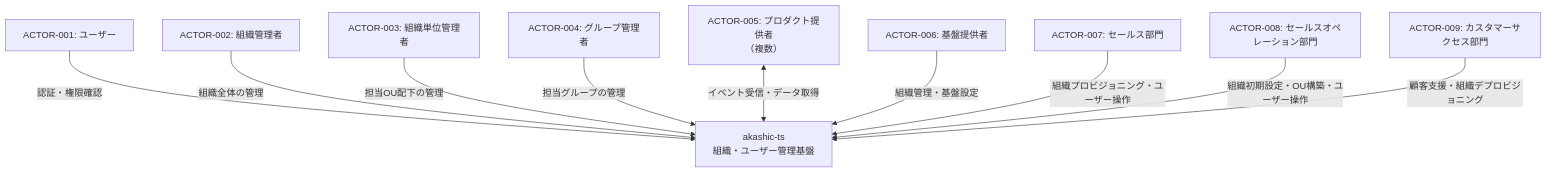
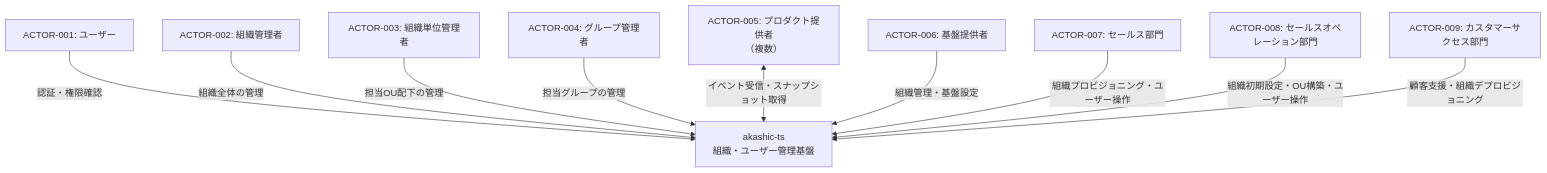
The first of 2 diagrams in apps/akashic-ts/docs/rdra/overview.md (iwasa-kosui/monorepo), drawn with Mermaid before and after one commit. The commit also changed other lines of this file and 3 other files, not shown here.

````diff
--- a/apps/akashic-ts/docs/rdra/overview.md
+++ b/apps/akashic-ts/docs/rdra/overview.md
@@ -127,24 +127,24 @@
 ```mermaid
 graph TB
     user["ACTOR-001: ユーザー"]
     orgAdmin["ACTOR-002: 組織管理者"]
     ouAdmin["ACTOR-003: 組織単位管理者"]
     grpAdmin["ACTOR-004: グループ管理者"]
     product["ACTOR-005: プロダクト提供者\n（複数）"]
     platform["ACTOR-006: 基盤提供者"]
     sales["ACTOR-007: セールス部門"]
     salesops["ACTOR-008: セールスオペレーション部門"]
     cs["ACTOR-009: カスタマーサクセス部門"]
 
     system["akashic-ts\n組織・ユーザー管理基盤"]
 
     user -->|認証・権限確認| system
     orgAdmin -->|組織全体の管理| system
     ouAdmin -->|担当OU配下の管理| system
     grpAdmin -->|担当グループの管理| system
-    product <-->|イベント受信・データ取得| system
+    product <-->|イベント受信・スナップショット取得| system
     platform -->|組織管理・基盤設定| system
     sales -->|組織プロビジョニング・ユーザー操作| system
     salesops -->|組織初期設定・OU構築・ユーザー操作| system
     cs -->|顧客支援・組織デプロビジョニング| system
 ```
````
